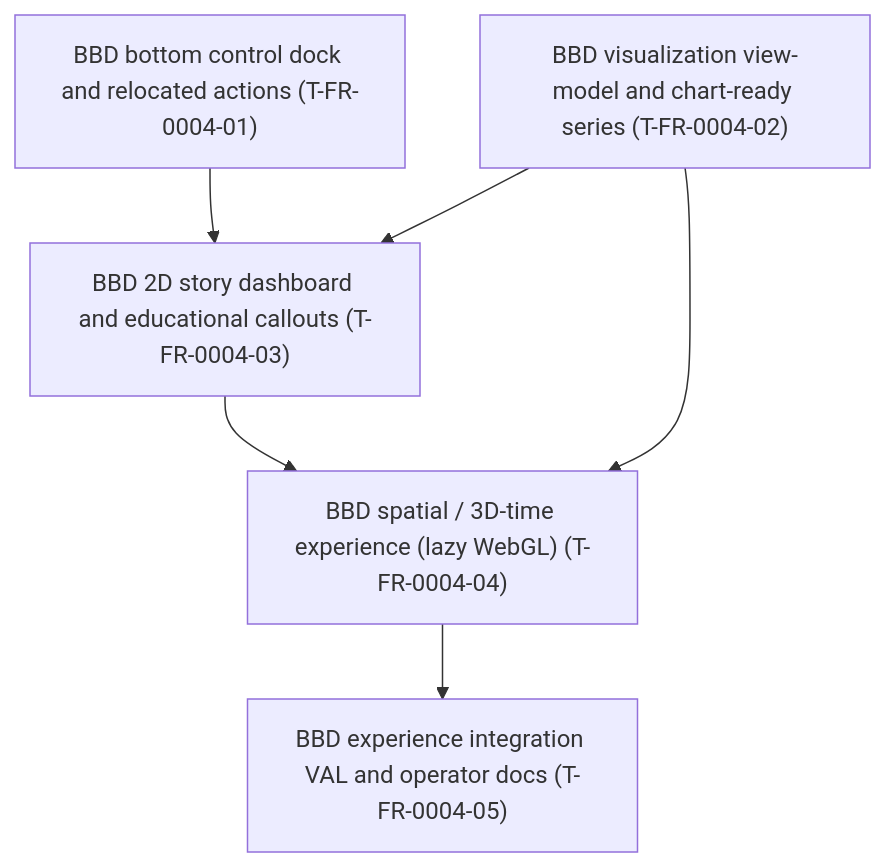
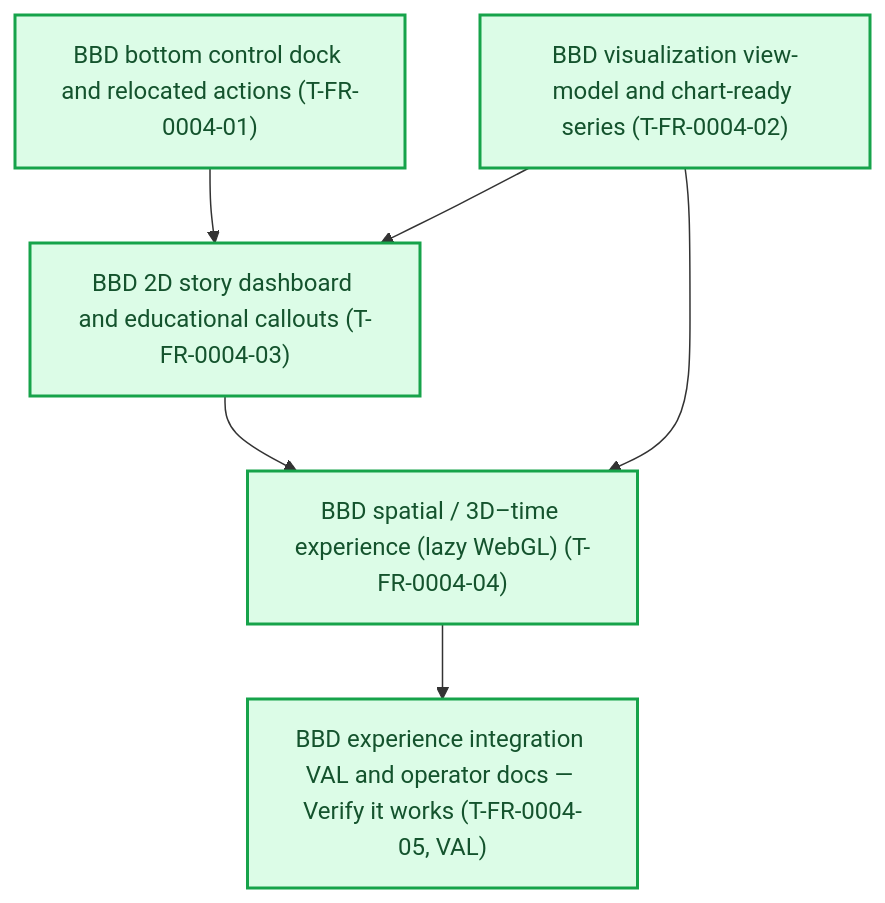
One commit to mcelhennyi/Finance changed the diagram in tasks/feature-history/FR-0004-bbd-projection-experience/20-tickets-dag.md. Above: the diagram before and after it, drawn with Mermaid. The commit also changed other lines of this file and 64 other files, not shown here.

````diff
--- a/tasks/feature-history/FR-0004-bbd-projection-experience/20-tickets-dag.md
+++ b/tasks/feature-history/FR-0004-bbd-projection-experience/20-tickets-dag.md
@@ -17,13 +9,18 @@
 ```mermaid
 flowchart TB
   T01["BBD bottom control dock and relocated actions (T-FR-0004-01)"]
   T02["BBD visualization view-model and chart-ready series (T-FR-0004-02)"]
   T03["BBD 2D story dashboard and educational callouts (T-FR-0004-03)"]
-  T04["BBD spatial / 3D-time experience (lazy WebGL) (T-FR-0004-04)"]
-  T05["BBD experience integration VAL and operator docs (T-FR-0004-05)"]
+  T04["BBD spatial / 3D–time experience (lazy WebGL) (T-FR-0004-04)"]
+  T05["BBD experience integration VAL and operator docs — Verify it works (T-FR-0004-05, VAL)"]
   T01 --> T03
   T02 --> T03
   T02 --> T04
   T03 --> T04
   T04 --> T05
+
+  classDef completed fill:#dcfce7,stroke:#16a34a,color:#14532d,stroke-width:2px
+  classDef inDevelopment fill:#fef3c7,stroke:#d97706,color:#78350f,stroke-width:2px
+  classDef outstanding fill:#fee2e2,stroke:#dc2626,color:#7f1d1d,stroke-width:2px
+  class T01,T02,T03,T04,T05 completed
 ```
````
